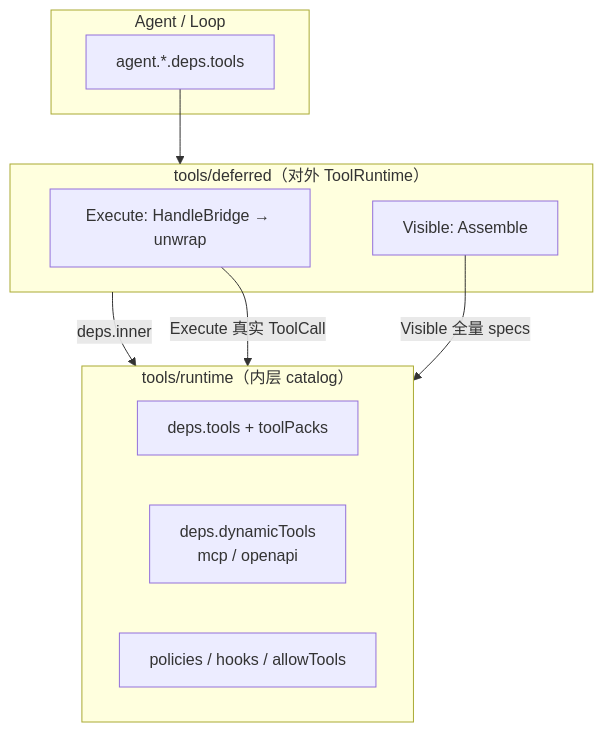
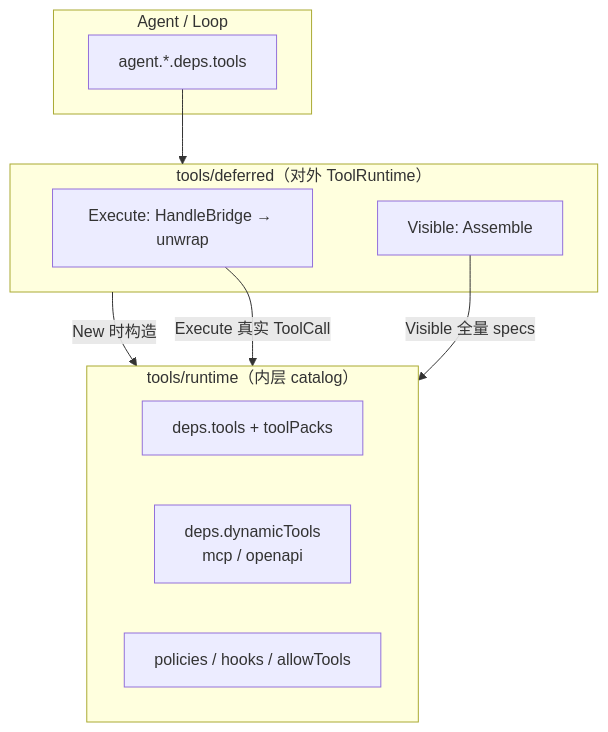
One commit to lengzhao/agentkit changed the first of 3 diagrams in docs/guides/deferred-tools.zh.md. Above: the diagram before and after it, drawn with Mermaid. The commit also changed other lines of this file and 36 other files, not shown here.

````diff
--- a/docs/guides/deferred-tools.zh.md
+++ b/docs/guides/deferred-tools.zh.md
@@ -26,22 +26,22 @@
 ```mermaid
 flowchart TB
   subgraph agent["Agent / Loop"]
     A["agent.*.deps.tools"]
   end
 
   subgraph outer["tools/deferred（对外 ToolRuntime）"]
     V["Visible: Assemble"]
     E["Execute: HandleBridge → unwrap"]
   end
 
   subgraph inner["tools/runtime（内层 catalog）"]
     ST["deps.tools + toolPacks"]
     DT["deps.dynamicTools\nmcp / openapi"]
     POL["policies / hooks / allowTools"]
   end
 
   A --> outer
-  outer -->|deps.inner| inner
+  outer -->|New 时构造| inner
   E -->|Execute 真实 ToolCall| inner
   V -->|Visible 全量 specs| inner
 ```
````
